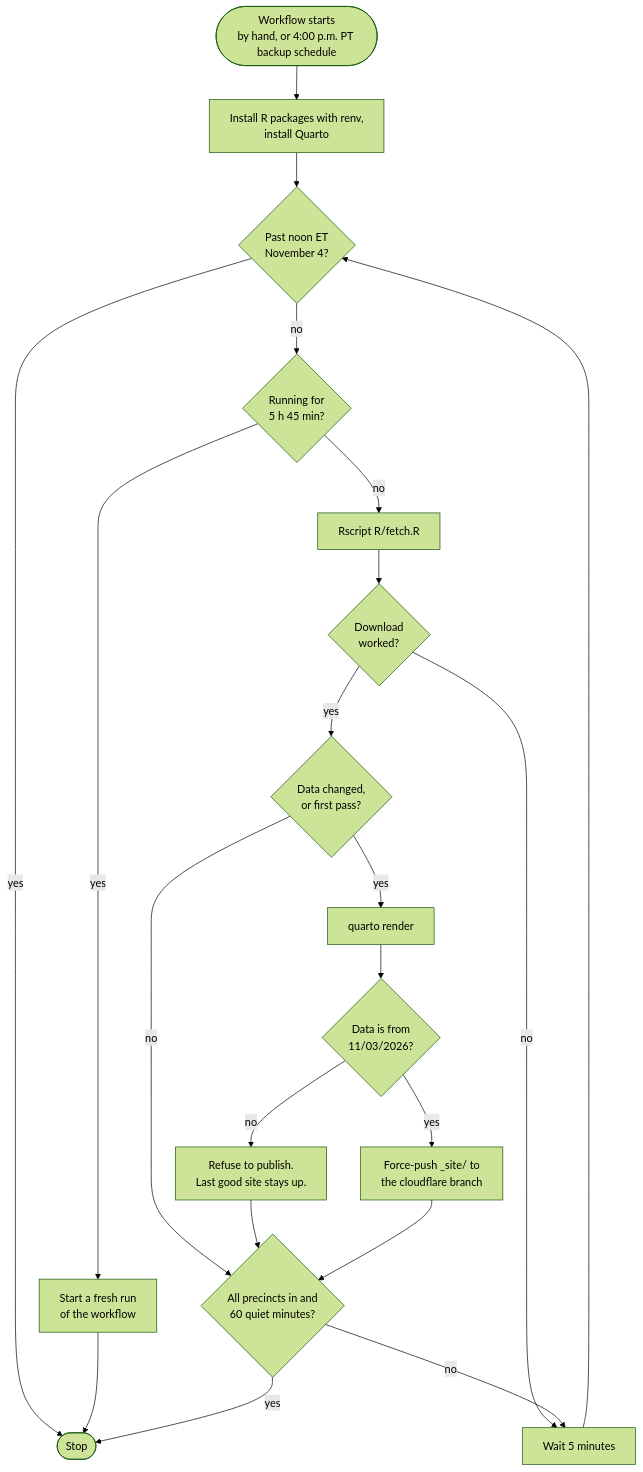
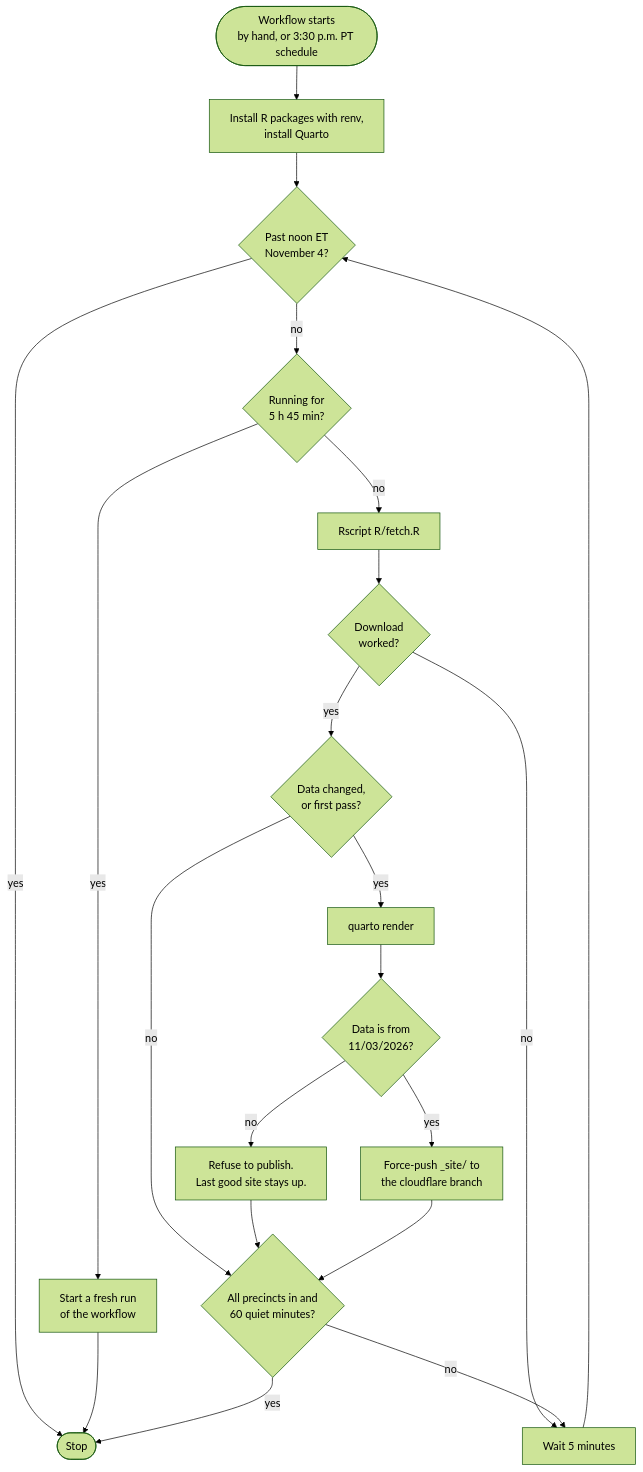
The second of 4 diagrams in README.md (rfortherestofus/nc-elections-tracker), drawn with Mermaid (forest theme) before and after one commit. The commit also changed other lines of this file and 1 other file, not shown here.

Commit message:
Restart the live loop at 3:30 p.m. PT so the 6-hour hand-off misses early results

````diff
--- a/README.md
+++ b/README.md
@@ -72,19 +72,19 @@
 ```mermaid
 flowchart TD
-  start(["Workflow starts<br/>by hand, or 4:00 p.m. PT backup schedule"]) --> setup["Install R packages with renv,<br/>install Quarto"]
+  start(["Workflow starts<br/>by hand, or 3:30 p.m. PT schedule"]) --> setup["Install R packages with renv,<br/>install Quarto"]
   setup --> deadline{"Past noon ET<br/>November 4?"}
   deadline -- yes --> stop(["Stop"])
   deadline -- no --> limit{"Running for<br/>5 h 45 min?"}
   limit -- yes --> relaunch["Start a fresh run<br/>of the workflow"] --> stop
   limit -- no --> fetch["Rscript R/fetch.R"]
   fetch --> ok{"Download<br/>worked?"}
   ok -- no --> wait
   ok -- yes --> changed{"Data changed,<br/>or first pass?"}
   changed -- no --> done{"All precincts in and<br/>60 quiet minutes?"}
   changed -- yes --> render["quarto render"]
   render --> verify{"Data is from<br/>11/03/2026?"}
   verify -- no --> refuse["Refuse to publish.<br/>Last good site stays up."] --> done
   verify -- yes --> push["Force-push _site/ to<br/>the cloudflare branch"] --> done
   done -- yes --> stop
   done -- no --> wait["Wait 5 minutes"] --> deadline
 ```
````
